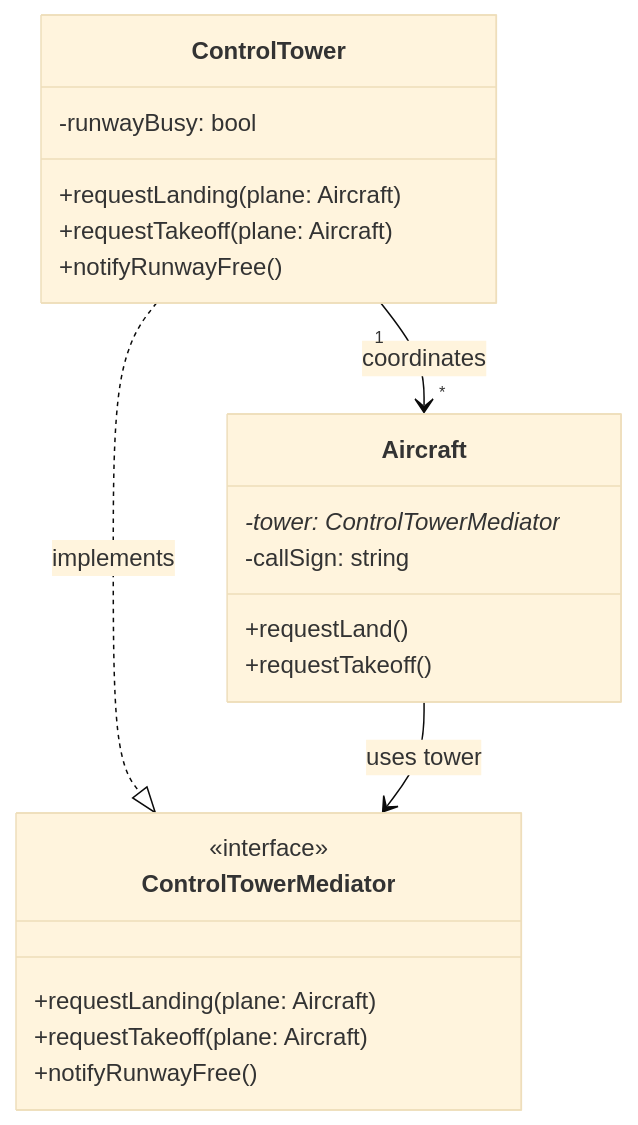
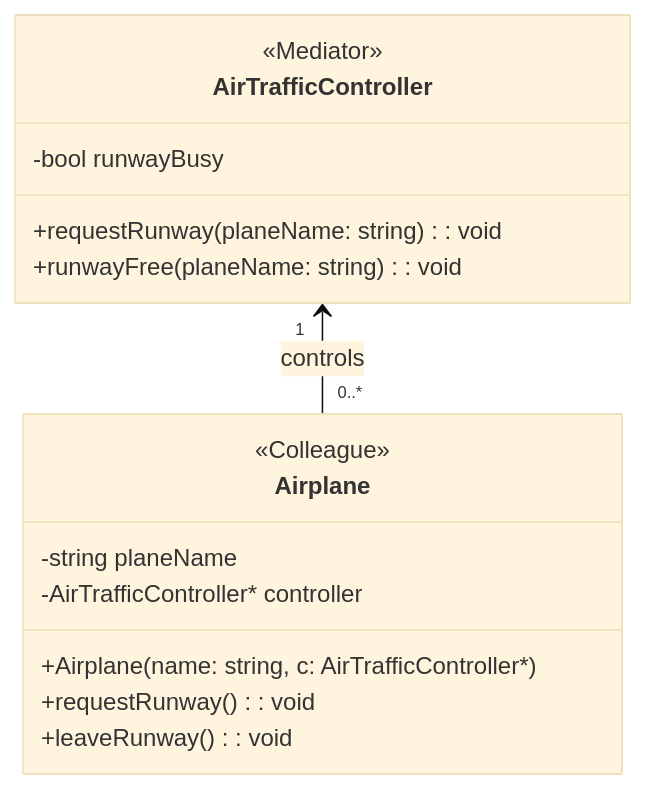
The second of 2 diagrams in README.md (apondatta11/CSE_3206_Lab_3_Group_7), drawn with Mermaid (base theme) before and after one commit. The commit also changed other lines of this file, not shown here.

Commit message:
updated the readme.md for mediator & iterator

````diff
--- a/README.md
+++ b/README.md
@@ -286,27 +277,19 @@
 ```mermaid
 classDiagram
-    class ControlTowerMediator {
-        <<interface>>
-        +requestLanding(plane: Aircraft)
-        +requestTakeoff(plane: Aircraft)
-        +notifyRunwayFree()
+    class AirTrafficController {
+        <<Mediator>>
+        -bool runwayBusy
+        +requestRunway(planeName: string) : void
+        +runwayFree(planeName: string) : void
+    }
+    class Airplane {
+        <<Colleague>>
+        -string planeName
+        -AirTrafficController* controller
+        +Airplane(name: string, c: AirTrafficController*)
+        +requestRunway() : void
+        +leaveRunway() : void
     }
 
-    class ControlTower {
-        -runwayBusy: bool
-        +requestLanding(plane: Aircraft)
-        +requestTakeoff(plane: Aircraft)
-        +notifyRunwayFree()
-    }
-
-    class Aircraft {
-        -tower: ControlTowerMediator*
-        -callSign: string
-        +requestLand()
-        +requestTakeoff()
-    }
-
-    ControlTower ..|> ControlTowerMediator : implements
-    Aircraft --> ControlTowerMediator : uses tower
-    ControlTower "1" --> "*" Aircraft : coordinates
+    AirTrafficController "1" <-- "0..*" Airplane : controls
 ```
````
